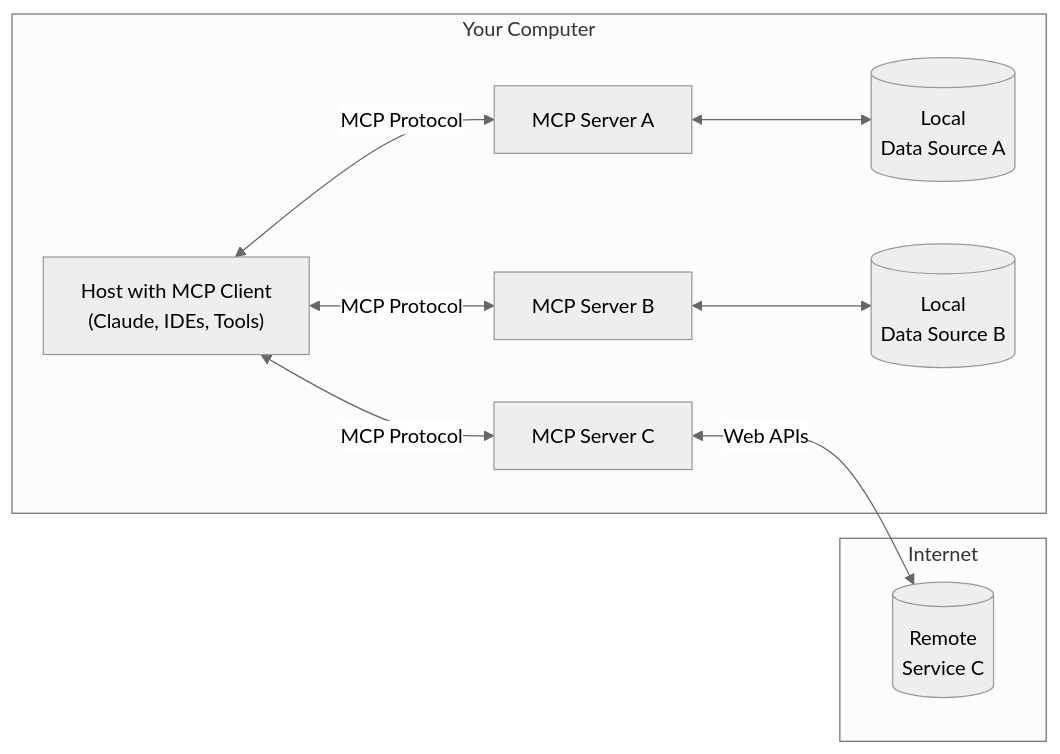
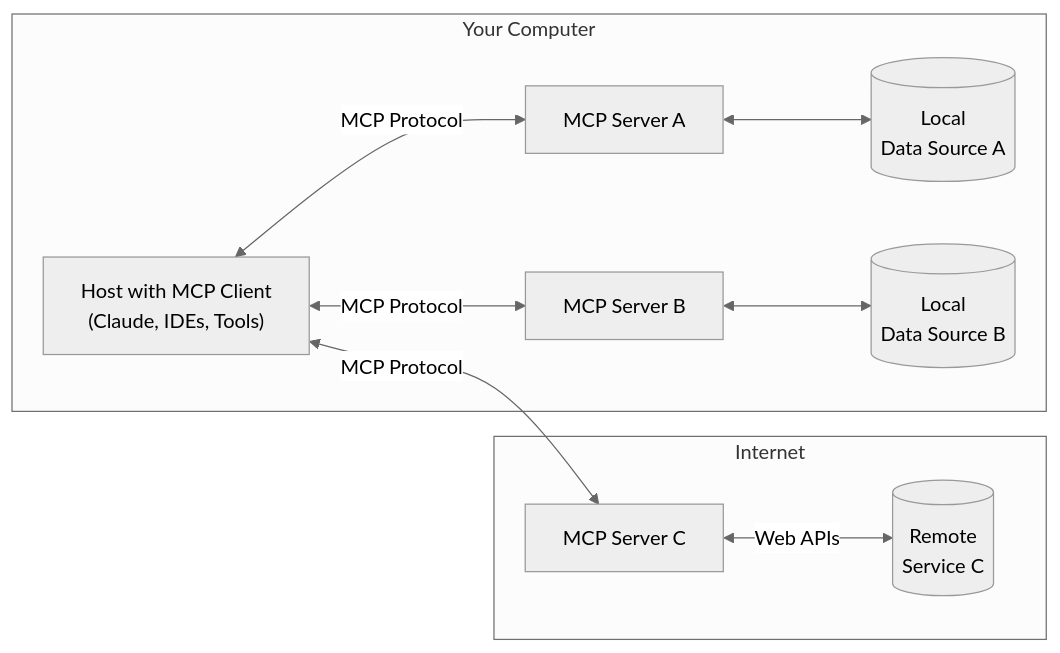
One commit to tobinsouth/modelcontextprotocol changed the diagram in docs/introduction.mdx. Above: the diagram before and after it, drawn with Mermaid (neutral theme).

Commit message:
fix architecture diagram

````diff
--- a/docs/introduction.mdx
+++ b/docs/introduction.mdx
@@ -20,17 +20,18 @@
 ```mermaid
 flowchart LR
     subgraph "Your Computer"
         Host["Host with MCP Client\n(Claude, IDEs, Tools)"]
         S1["MCP Server A"]
         S2["MCP Server B"]
-        S3["MCP Server C"]
         Host <-->|"MCP Protocol"| S1
         Host <-->|"MCP Protocol"| S2
-        Host <-->|"MCP Protocol"| S3
         S1 <--> D1[("Local\nData Source A")]
         S2 <--> D2[("Local\nData Source B")]
     end
     subgraph "Internet"
-        S3 <-->|"Web APIs"| D3[("Remote\nService C")]
+        S3["MCP Server C"]
+        D3[("Remote\nService C")]
+        S3 <-->|"Web APIs"| D3
     end
+    Host <-->|"MCP Protocol"| S3
 ```
````
